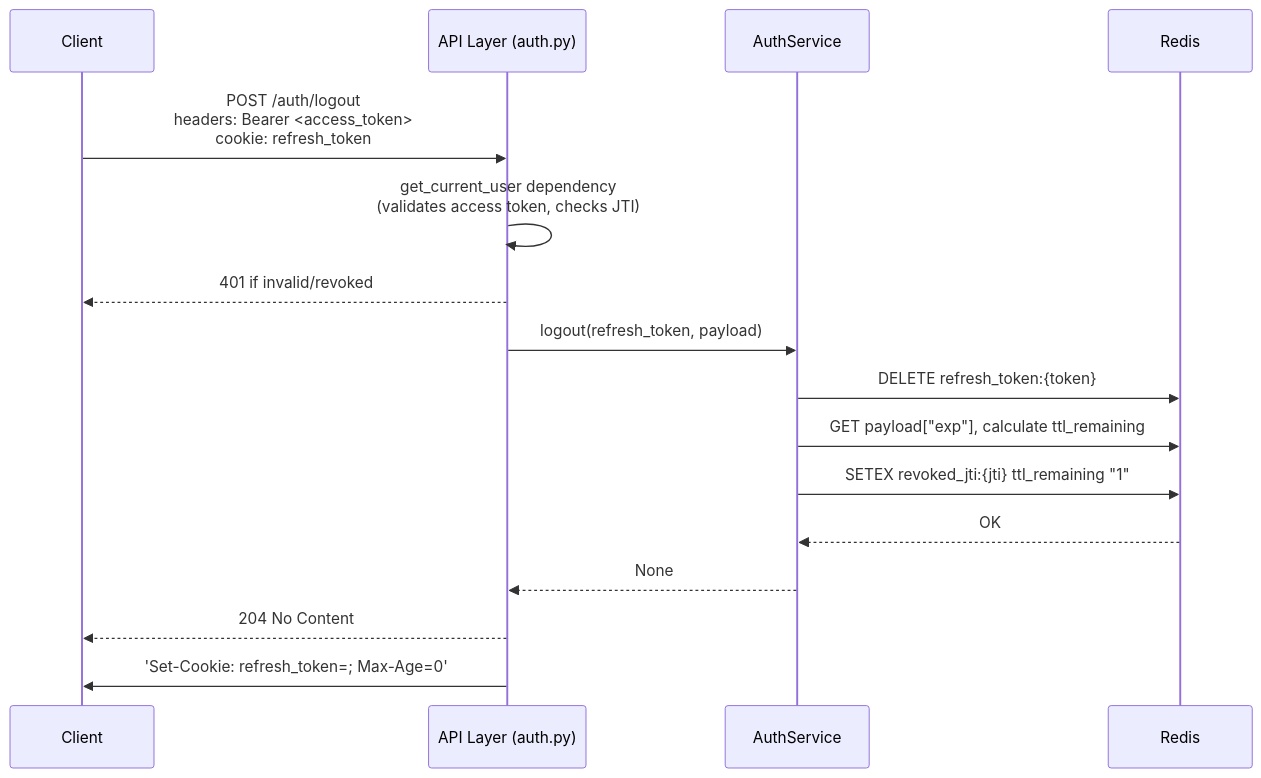
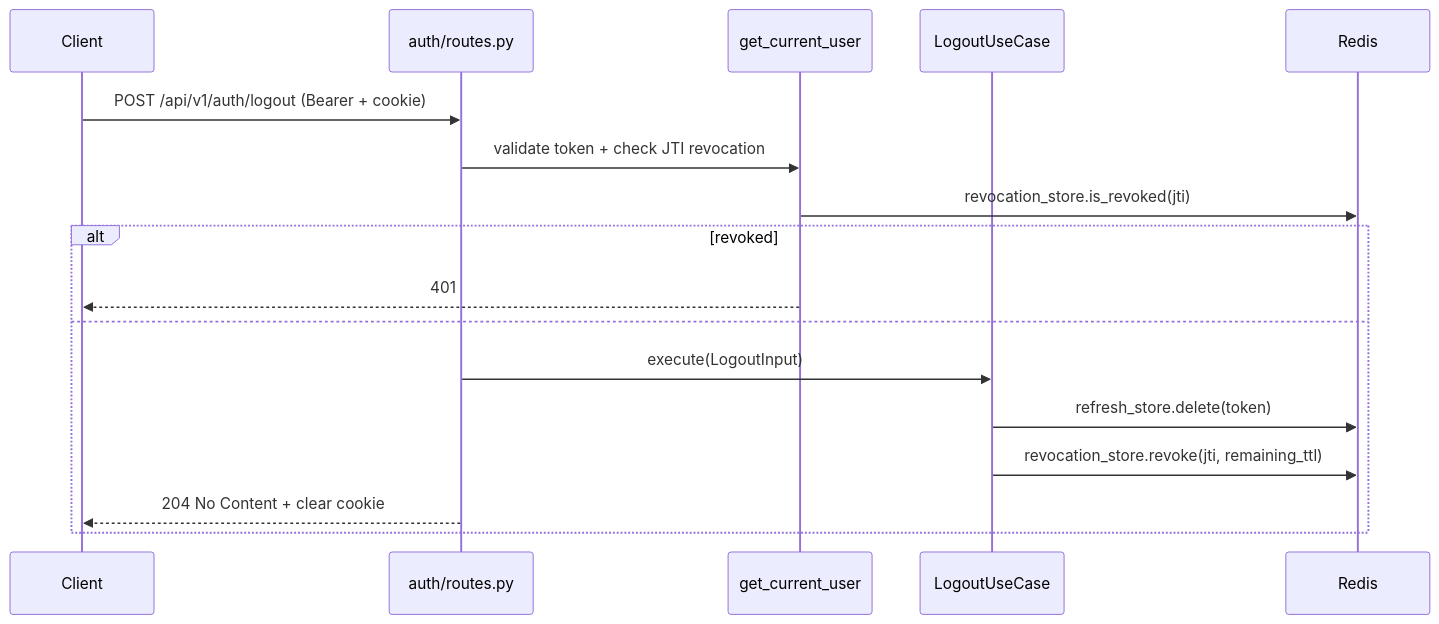
Before and after one commit to anaswaleedtahir/kosmos-ecommerce: the fourth of 10 diagrams in docs/09-sequence-diagrams.md, drawn with Mermaid. The commit also changed other lines of this file and 7 other files, not shown here.

First line of the commit message:
docs: update all docs to reflect hexagonal architecture

````diff
--- a/docs/09-sequence-diagrams.md
+++ b/docs/09-sequence-diagrams.md
@@ -168,20 +114,20 @@
 ```mermaid
 sequenceDiagram
     participant Client
-    participant API as API Layer (auth.py)
-    participant Service as AuthService
-    participant Redis as Redis
+    participant Route as auth/routes.py
+    participant Dep as get_current_user
+    participant UC as LogoutUseCase
+    participant Redis
 
-    Client->>API: POST /auth/logout<br/> headers: Bearer <access_token><br/>cookie: refresh_token
-    API->>API: get_current_user dependency<br/>(validates access token, checks JTI)
-    API-->>Client: 401 if invalid/revoked
-
-    API->>Service: logout(refresh_token, payload)
-    Service->>Redis: DELETE refresh_token:{token}
-    Service->>Redis: GET payload["exp"], calculate ttl_remaining
-    Service->>Redis: SETEX revoked_jti:{jti} ttl_remaining "1"
-    Redis-->>Service: OK
-    Service-->>API: None
-    API-->>Client: 204 No Content
-    API->>Client: 'Set-Cookie: refresh_token=#59; Max-Age=0'
+    Client->>Route: POST /api/v1/auth/logout (Bearer + cookie)
+    Route->>Dep: validate token + check JTI revocation
+    Dep->>Redis: revocation_store.is_revoked(jti)
+    alt revoked
+        Dep-->>Client: 401
+    else
+        Route->>UC: execute(LogoutInput)
+        UC->>Redis: refresh_store.delete(token)
+        UC->>Redis: revocation_store.revoke(jti, remaining_ttl)
+        Route-->>Client: 204 No Content + clear cookie
+    end
 ```
````
